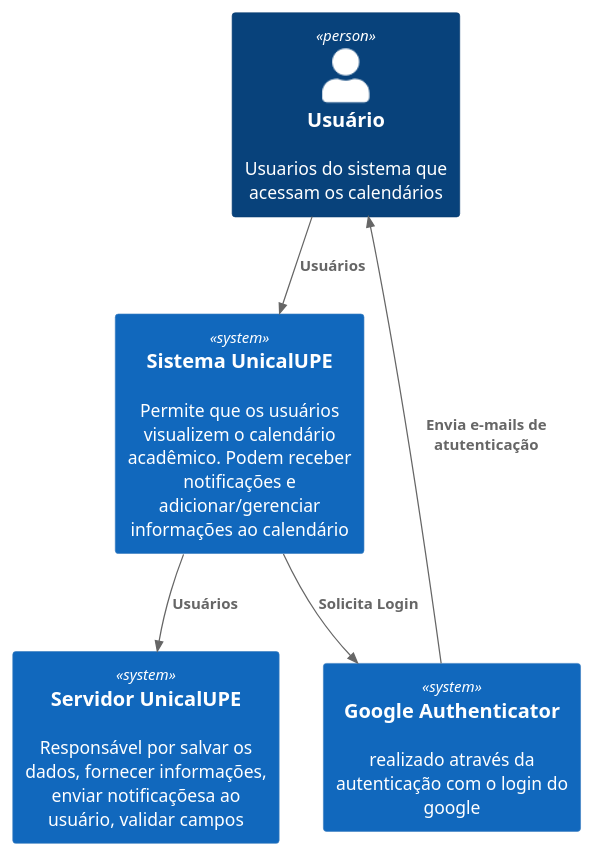
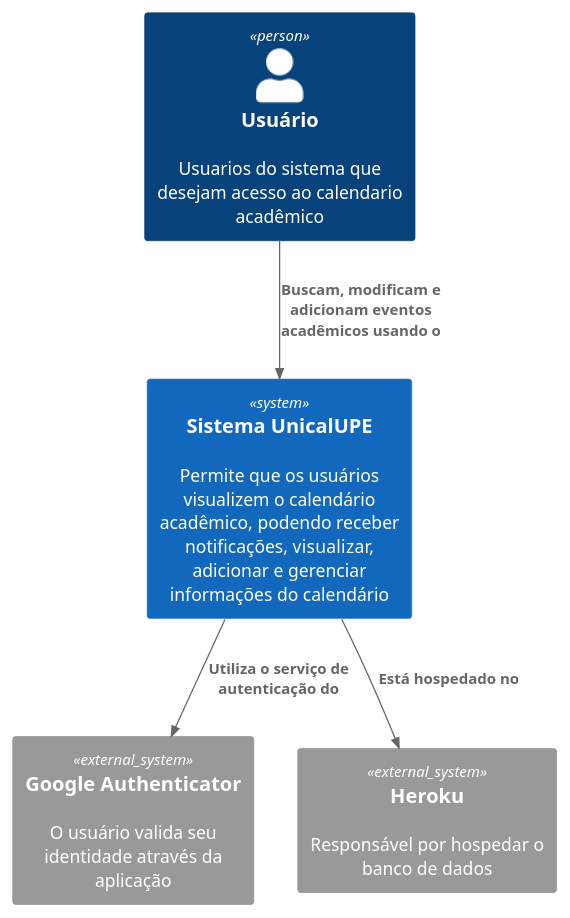
Before and after one commit to Jonas-eng-21/AWS_UnicalUPE: the diagram in UnicalUPE/src/C4Models/C1.puml, drawn with PlantUML. The commit also changed 11 other files, not shown here.

```diff
--- a/UnicalUPE/src/C4Models/C1.puml
+++ b/UnicalUPE/src/C4Models/C1.puml
@@ -1,13 +1,12 @@
 @startuml
 !include https://raw.githubusercontent.com/adrianvlupu/C4-PlantUML/latest/C4_Context.puml
 
-Person(pbc, "Usuário", "Usuarios do sistema que acessam os calendários")
-System(ibs, "Sistema UnicalUPE", "Permite que os usuários visualizem o calendário acadêmico. Podem receber notificações e adicionar/gerenciar informações ao calendário")
-System(es, "Google Authenticator", "realizado através da autenticação com o login do google")
-System(mbs, "Servidor UnicalUPE", "Responsável por salvar os dados, fornecer informações, enviar notificaçõesa ao usuário, validar campos")
+Person(user, "Usuário", "Usuarios do sistema que desejam acesso ao calendario acadêmico")
+System(app, "Sistema UnicalUPE","Permite que os usuários visualizem o calendário acadêmico, podendo receber notificações, visualizar, adicionar e gerenciar informações do calendário")
+System_Ext(auth, "Google Authenticator", "O usuário valida seu identidade através da aplicação")
+System_Ext(server, "Heroku", "Responsável por hospedar o banco de dados")
 
-Rel(pbc, ibs, "Usuários")
-Rel(es, pbc, "Envia e-mails de atutenticação")
-Rel(ibs, es, "Solicita Login")
-Rel(ibs, mbs, "Usuários")
+Rel(user, app, "Buscam, modificam e adicionam eventos acadêmicos usando o")
+Rel(app, auth, "Utiliza o serviço de autenticação do")
+Rel(app, server, "Está hospedado no")
 @enduml
```
